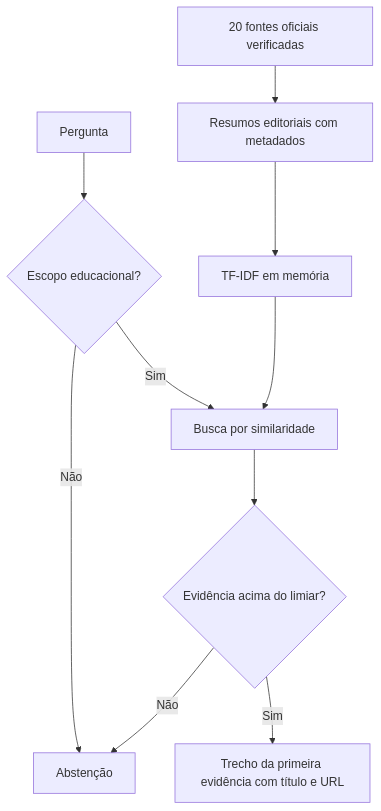
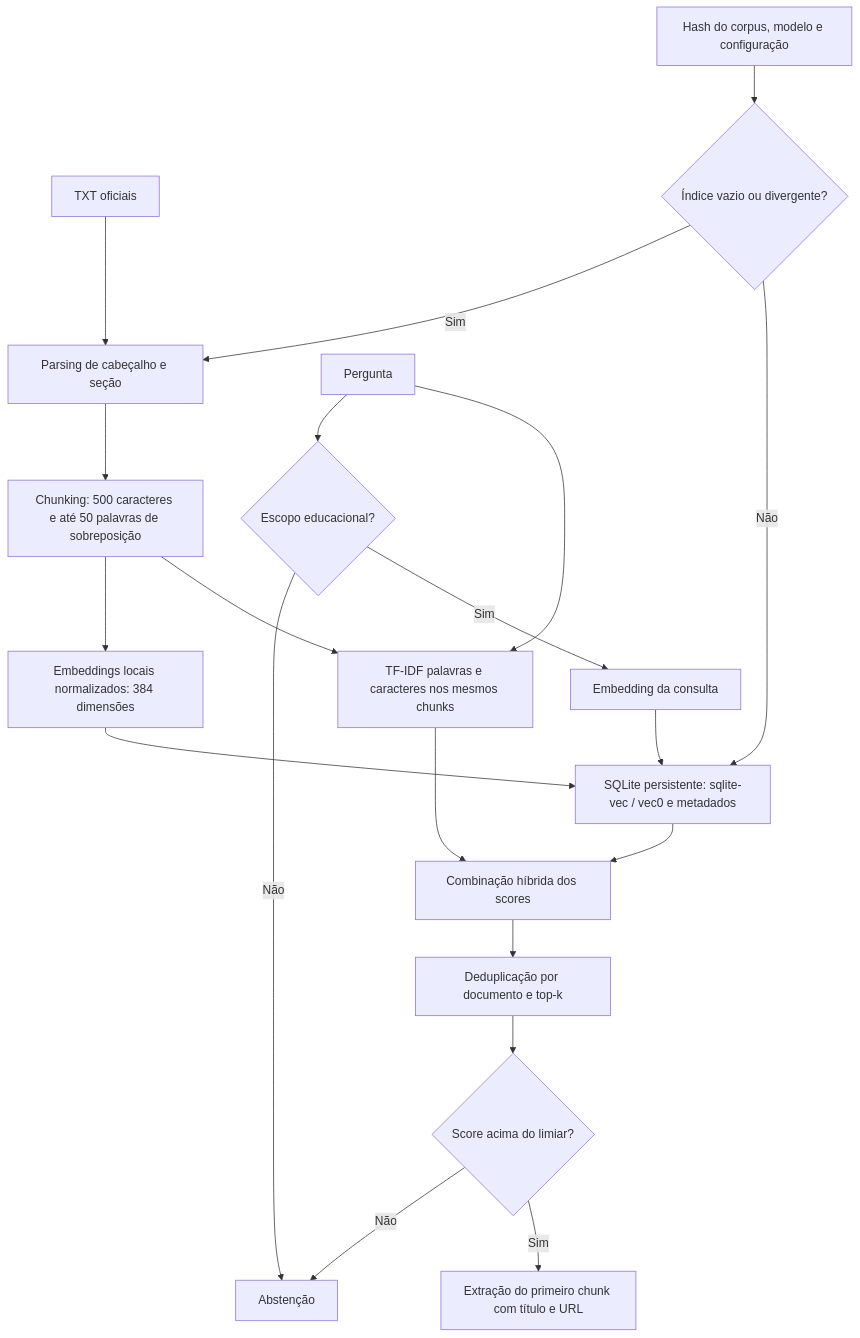
Before and after one commit to moonshinerd/trokim: the diagram in docs/rag/index.md, drawn with Mermaid. The commit also changed other lines of this file and 32 other files, not shown here.

````diff
--- a/docs/rag/index.md
+++ b/docs/rag/index.md
@@ -23,12 +45,22 @@
 ```mermaid
 flowchart TD
-    D[20 fontes oficiais verificadas] --> C[Resumos editoriais com metadados]
-    C --> I[TF-IDF em memória]
-    Q[Pergunta] --> P{Escopo educacional?}
-    P -- Não --> A[Abstenção]
-    P -- Sim --> B[Busca por similaridade]
-    I --> B
-    B --> S{Evidência acima do limiar?}
-    S -- Não --> A
-    S -- Sim --> R[Trecho da primeira evidência com título e URL]
+    T[TXT oficiais] --> P[Parsing de cabeçalho e seção]
+    P --> C[Chunking: 500 caracteres e até 50 palavras de sobreposição]
+    C --> E[Embeddings locais normalizados: 384 dimensões]
+    E --> V[SQLite persistente: sqlite-vec / vec0 e metadados]
+    C --> L[TF-IDF palavras e caracteres nos mesmos chunks]
+    H[Hash do corpus, modelo e configuração] --> I{Índice vazio ou divergente?}
+    I -- Sim --> P
+    I -- Não --> V
+    Q[Pergunta] --> S{Escopo educacional?}
+    S -- Não --> A[Abstenção]
+    S -- Sim --> EQ[Embedding da consulta]
+    EQ --> V
+    Q --> L
+    V --> B[Combinação híbrida dos scores]
+    L --> B
+    B --> D[Deduplicação por documento e top-k]
+    D --> R{Score acima do limiar?}
+    R -- Não --> A
+    R -- Sim --> X[Extração do primeiro chunk com título e URL]
 ```
````
